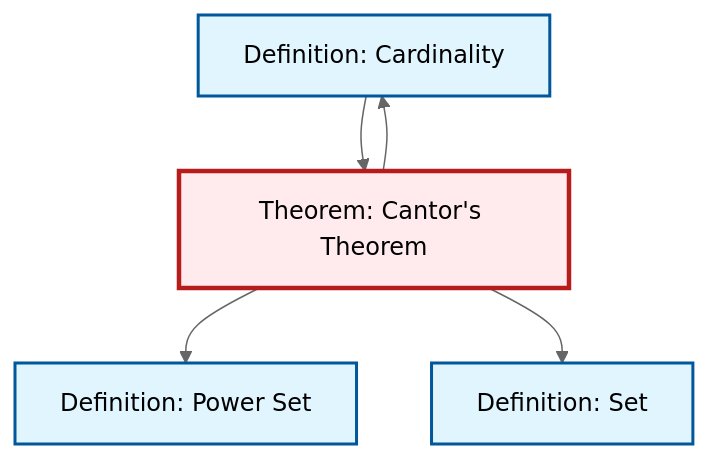
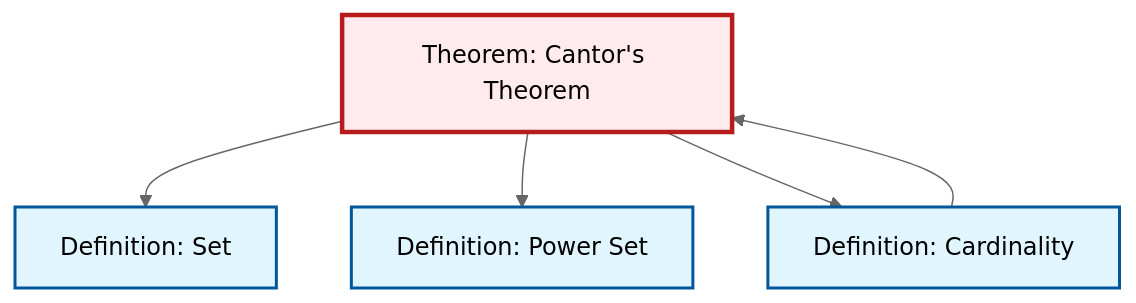
Before and after one commit to RK0429/ModernMath: the second of 2 diagrams in content/en/logic-set-theory/thm-cantor.qmd, drawn with Mermaid (neutral theme). The commit also changed other lines of this file and 328 other files, not shown here.

````diff
--- a/content/en/logic-set-theory/thm-cantor.qmd
+++ b/content/en/logic-set-theory/thm-cantor.qmd
@@ -71,21 +71,21 @@
 ```{mermaid}
 %%| fig-cap: "Local dependency graph"
 graph TD
     classDef definition fill:#e1f5fe,stroke:#01579b,stroke-width:2px
     classDef theorem fill:#f3e5f5,stroke:#4a148c,stroke-width:2px
     classDef axiom fill:#fff3e0,stroke:#e65100,stroke-width:2px
     classDef example fill:#e8f5e9,stroke:#1b5e20,stroke-width:2px
     classDef current fill:#ffebee,stroke:#b71c1c,stroke-width:3px
     def-set["Definition: Set"]:::definition
+    thm-cantor["Theorem: Cantor's Theorem"]:::theorem
     def-power-set["Definition: Power Set"]:::definition
     def-cardinality["Definition: Cardinality"]:::definition
-    thm-cantor["Theorem: Cantor's Theorem"]:::theorem
+    thm-cantor --> def-set
+    def-cardinality --> thm-cantor
     thm-cantor --> def-power-set
     thm-cantor --> def-cardinality
-    thm-cantor --> def-set
-    def-cardinality --> thm-cantor
     class thm-cantor current
     click def-set "def-set.html" "Go to Set definition"
     click def-power-set "def-power-set.html" "Go to Power Set definition"
     click def-cardinality "def-cardinality.html" "Go to Cardinality definition"
 ```
````
